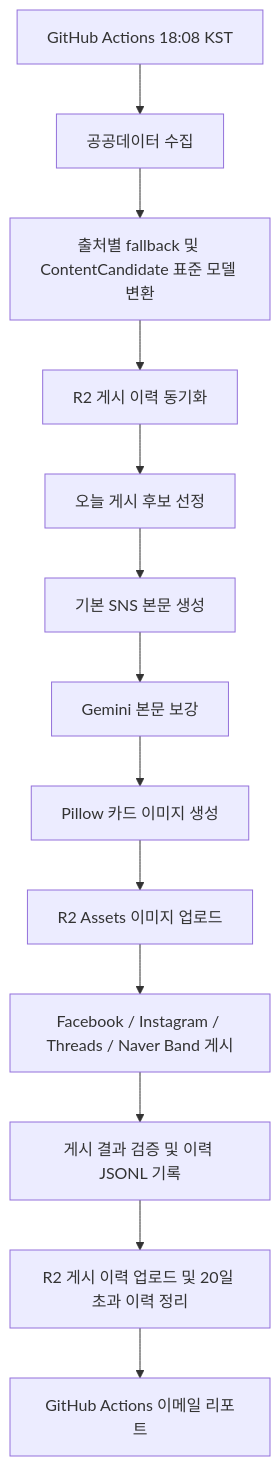
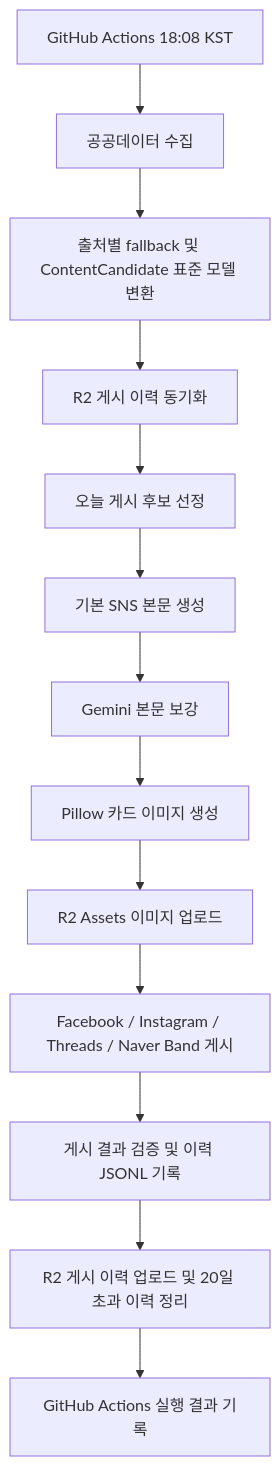
The diagram in README.md (lhjunkr/public-data-automation), drawn with Mermaid before and after one commit. The commit also changed other lines of this file and 1 other file, not shown here.

Commit message:
네이버 SMTP 이메일 알림 제거

````diff
--- a/README.md
+++ b/README.md
@@ -52,15 +52,15 @@
 ```mermaid
 flowchart TD
     A["GitHub Actions 18:08 KST"] --> B["공공데이터 수집"]
     B --> C["출처별 fallback 및 ContentCandidate 표준 모델 변환"]
     C --> D["R2 게시 이력 동기화"]
     D --> E["오늘 게시 후보 선정"]
     E --> F["기본 SNS 본문 생성"]
     F --> G["Gemini 본문 보강"]
     G --> H["Pillow 카드 이미지 생성"]
     H --> I["R2 Assets 이미지 업로드"]
     I --> J["Facebook / Instagram / Threads / Naver Band 게시"]
     J --> K["게시 결과 검증 및 이력 JSONL 기록"]
     K --> L["R2 게시 이력 업로드 및 20일 초과 이력 정리"]
-    L --> M["GitHub Actions 이메일 리포트"]
+    L --> M["GitHub Actions 실행 결과 기록"]
 ```
````
